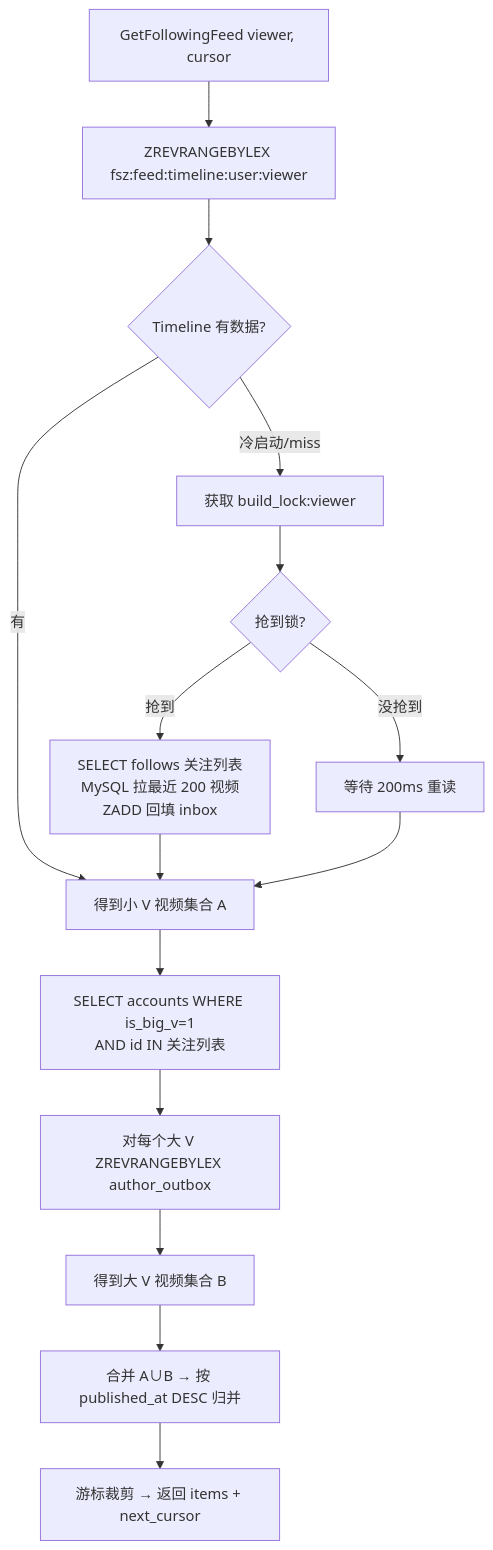
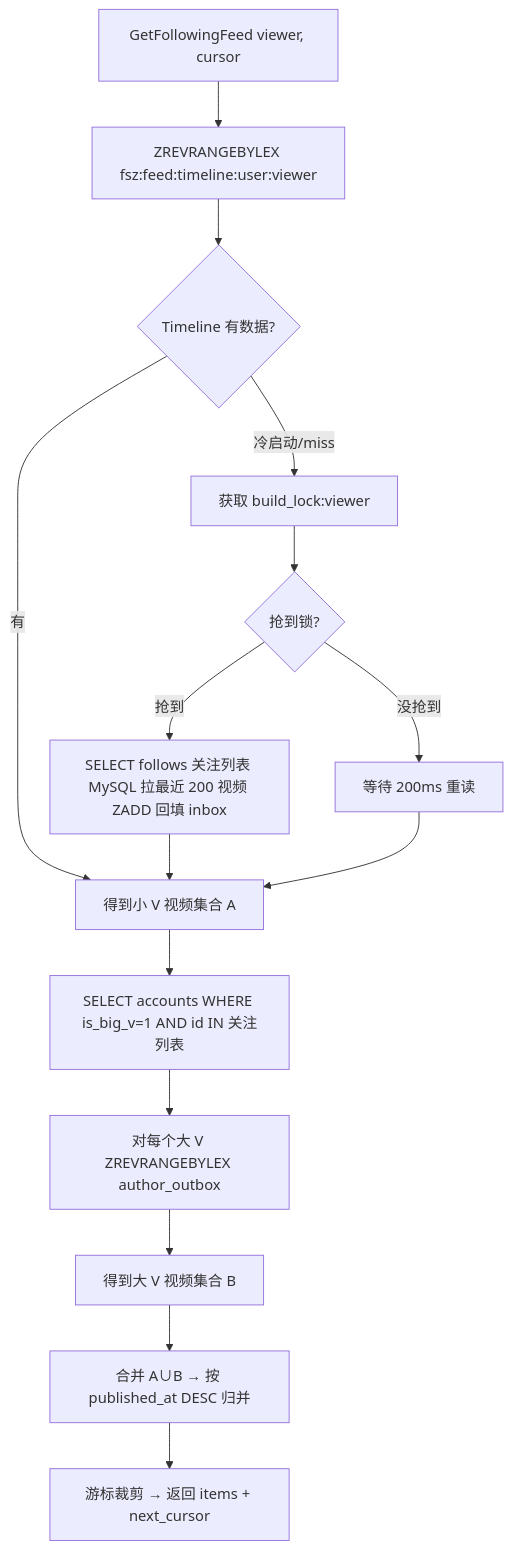
One commit to Redeemz473/feedsystem-zero changed diagram 20 of 28 in docs/PROJECT_OVERVIEW.md. Above: the diagram before and after it, drawn with Mermaid. The commit also changed other lines of this file, not shown here.

Commit message:
docs(overview): normalize all 28 mermaid diagrams for github renderer (remove 124 br tags and 3 dashed-with-label edges)

````diff
--- a/docs/PROJECT_OVERVIEW.md
+++ b/docs/PROJECT_OVERVIEW.md
@@ -3232,18 +3232,18 @@
 ```mermaid
 flowchart TD
     A[GetFollowingFeed viewer, cursor] --> B[ZREVRANGEBYLEX fsz:feed:timeline:user:viewer]
     B --> C{Timeline 有数据?}
     C -->|有| D[得到小 V 视频集合 A]
     C -->|冷启动/miss| E[获取 build_lock:viewer]
     E --> F{抢到锁?}
-    F -->|抢到| G[SELECT follows 关注列表<br/>MySQL 拉最近 200 视频<br/>ZADD 回填 inbox]
+    F -->|抢到| G[SELECT follows 关注列表 MySQL 拉最近 200 视频 ZADD 回填 inbox]
     F -->|没抢到| H[等待 200ms 重读]
     G --> D
     H --> D
 
-    D --> I[SELECT accounts WHERE is_big_v=1<br/>AND id IN 关注列表]
+    D --> I[SELECT accounts WHERE is_big_v=1 AND id IN 关注列表]
     I --> J[对每个大 V ZREVRANGEBYLEX author_outbox]
     J --> K[得到大 V 视频集合 B]
     K --> L[合并 A∪B → 按 published_at DESC 归并]
     L --> M[游标裁剪 → 返回 items + next_cursor]
 ```
````
